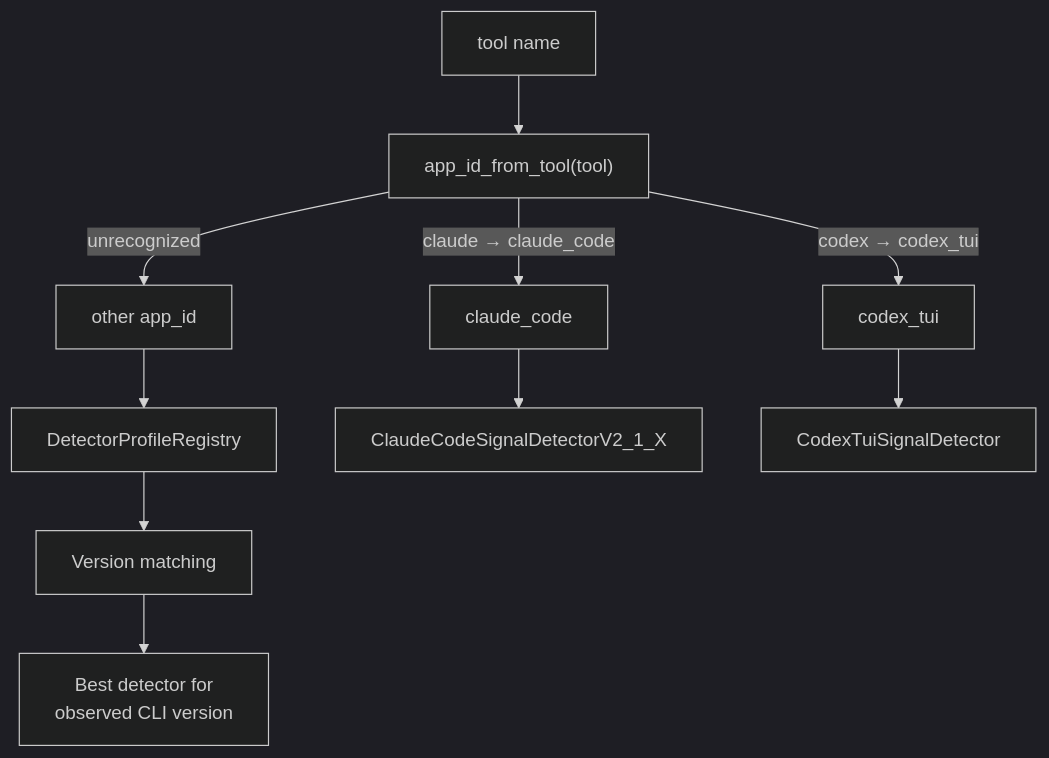
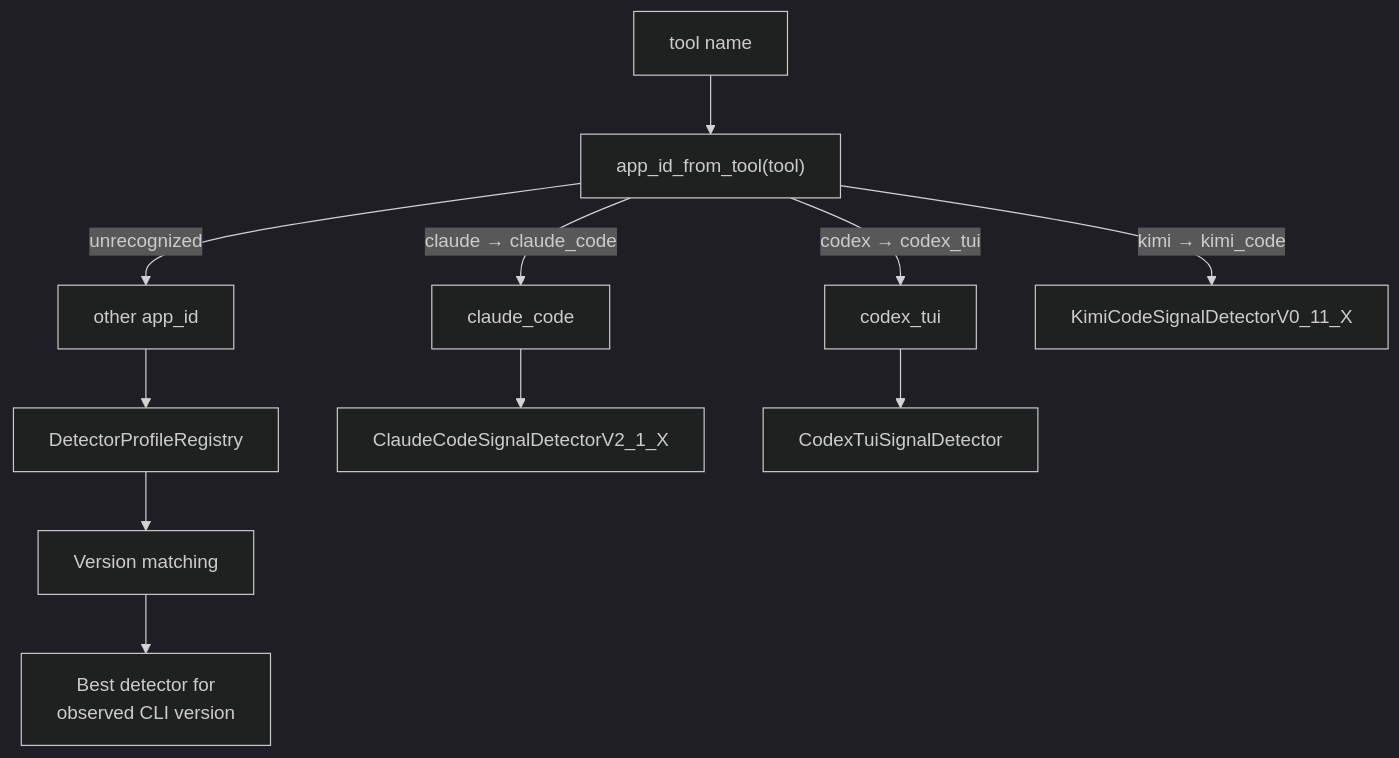
Before and after one commit to igamenovoer/houmao: the diagram in docs/reference/tui-tracking/detectors.md, drawn with Mermaid (dark theme). The commit also changed other lines of this file and 40 other files, not shown here.

Commit message:
feat: add kimi code runtime and tui tracking

````diff
--- a/docs/reference/tui-tracking/detectors.md
+++ b/docs/reference/tui-tracking/detectors.md
@@ -7,18 +7,20 @@
 ```mermaid
 flowchart TD
     TOOL["tool name"]
     AID["app_id_from_tool(tool)"]
     CC["claude_code"]
     CX["codex_tui"]
     OT["other app_id"]
     DPR["DetectorProfileRegistry"]
     VM["Version matching"]
     CCD["ClaudeCodeSignalDetectorV2_1_X"]
     CXD["CodexTuiSignalDetector"]
+    KMD["KimiCodeSignalDetectorV0_11_X"]
     BEST["Best detector for<br/>observed CLI version"]
 
     TOOL --> AID
     AID -->|"claude → claude_code"| CC --> CCD
     AID -->|"codex → codex_tui"| CX --> CXD
+    AID -->|"kimi → kimi_code"| KMD
     AID -->|"unrecognized"| OT --> DPR --> VM --> BEST
 ```
````
